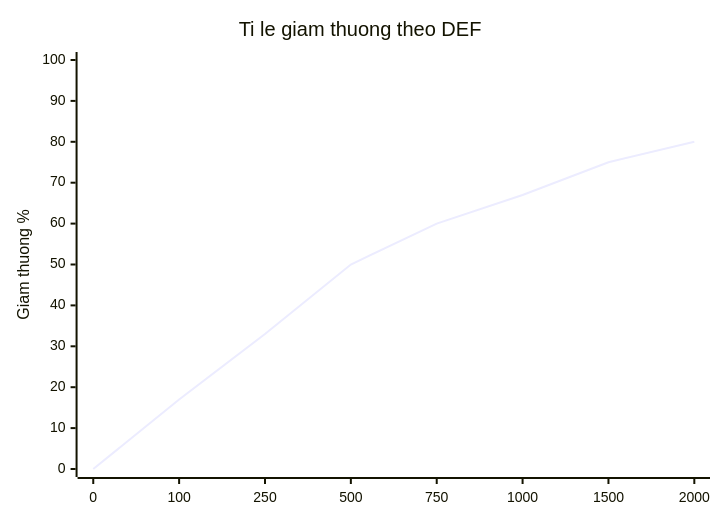
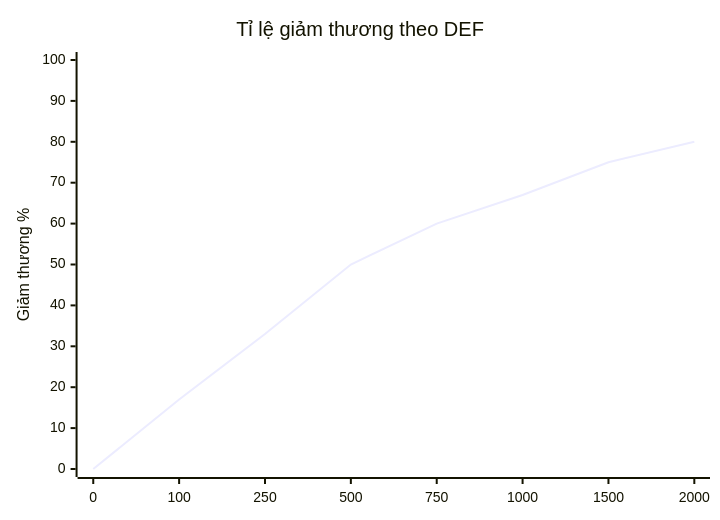
Before and after one commit to luantran-working/idlegame-designdocs: the diagram in docs/he-thong-chi-so-va-tang-truong.md, drawn with Mermaid. The commit also changed 16 other files, not shown here.

Commit message:
feat: Introduce extensive game design documentation covering game systems, UI, and roadmap, and enable Mermaid diagram support in Docusaurus.

````diff
--- a/docs/he-thong-chi-so-va-tang-truong.md
+++ b/docs/he-thong-chi-so-va-tang-truong.md
@@ -159,7 +159,7 @@
 ```mermaid
 xychart-beta
-    title "Ti le giam thuong theo DEF"
+    title "Tỉ lệ giảm thương theo DEF"
     x-axis [0, 100, 250, 500, 750, 1000, 1500, 2000]
-    y-axis "Giam thuong %" 0 --> 100
+    y-axis "Giảm thương %" 0 --> 100
     line [0, 17, 33, 50, 60, 67, 75, 80]
 ```
````
